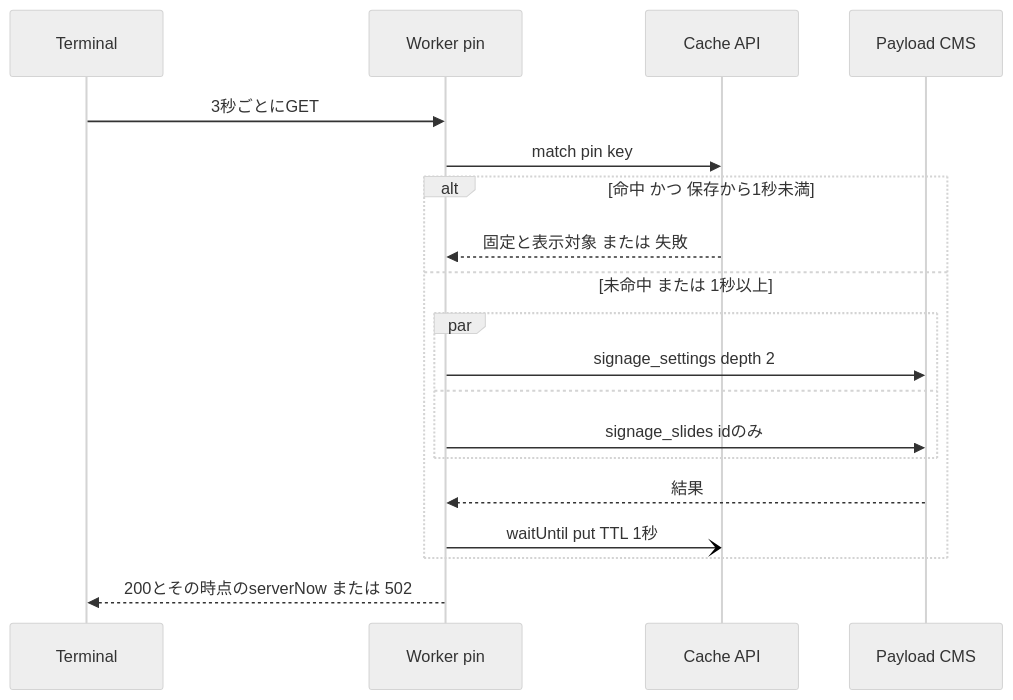
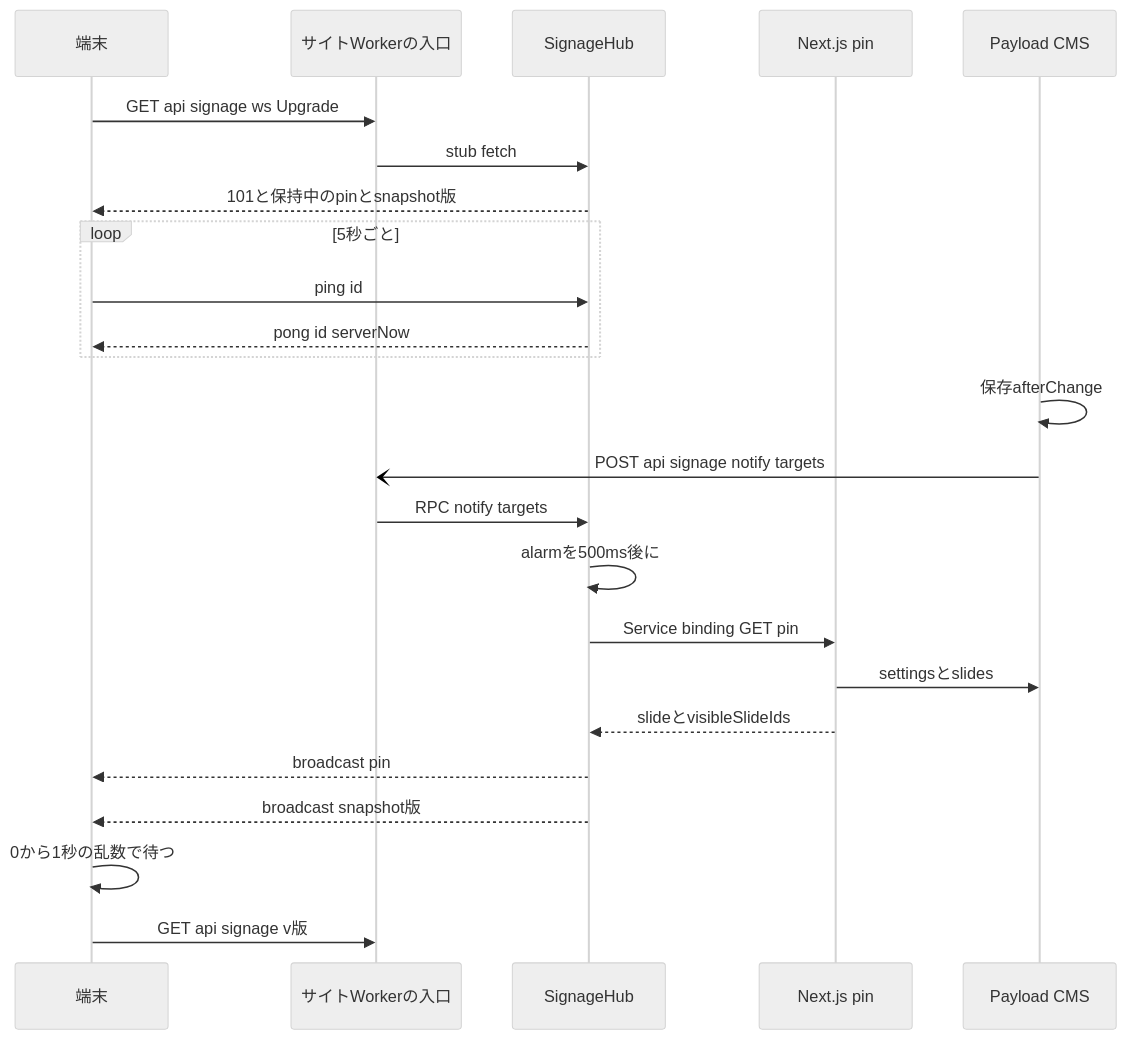
Before and after one commit to aramakisai/aramakisai-web: the second of 2 diagrams in .kiro/specs/signage-sync-transport/design.md, drawn with Mermaid (neutral theme). The commit also changed other lines of this file and 3 other files, not shown here.

````diff
--- a/.kiro/specs/signage-sync-transport/design.md
+++ b/.kiro/specs/signage-sync-transport/design.md
@@ -79,21 +151,26 @@
 ```mermaid
 sequenceDiagram
-    participant T as Terminal
-    participant W as Worker pin
-    participant C as Cache API
-    participant P as Payload CMS
-    T->>W: 3秒ごとにGET
-    W->>C: match pin key
-    alt 命中 かつ 保存から1秒未満
-        C-->>W: 固定と表示対象 または 失敗
-    else 未命中 または 1秒以上
-        par
-            W->>P: signage_settings depth 2
-        and
-            W->>P: signage_slides idのみ
-        end
-        P-->>W: 結果
-        W-)C: waitUntil put TTL 1秒
+    participant T as 端末
+    participant E as サイトWorkerの入口
+    participant H as SignageHub
+    participant N as Next.js pin
+    participant C as Payload CMS
+    T->>E: GET api signage ws Upgrade
+    E->>H: stub fetch
+    H-->>T: 101と保持中のpinとsnapshot版
+    loop 5秒ごと
+        T->>H: ping id
+        H-->>T: pong id serverNow
     end
-    W-->>T: 200とその時点のserverNow または 502
+    C->>C: 保存afterChange
+    C-)E: POST api signage notify targets
+    E->>H: RPC notify targets
+    H->>H: alarmを500ms後に
+    H->>N: Service binding GET pin
+    N->>C: settingsとslides
+    N-->>H: slideとvisibleSlideIds
+    H-->>T: broadcast pin
+    H-->>T: broadcast snapshot版
+    T->>T: 0から1秒の乱数で待つ
+    T->>E: GET api signage v版
 ```
````
